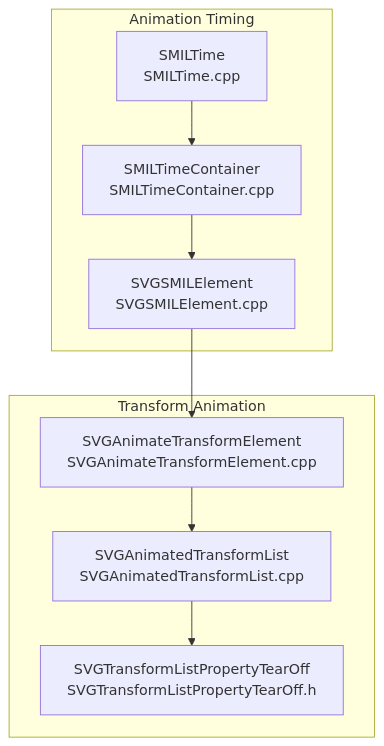
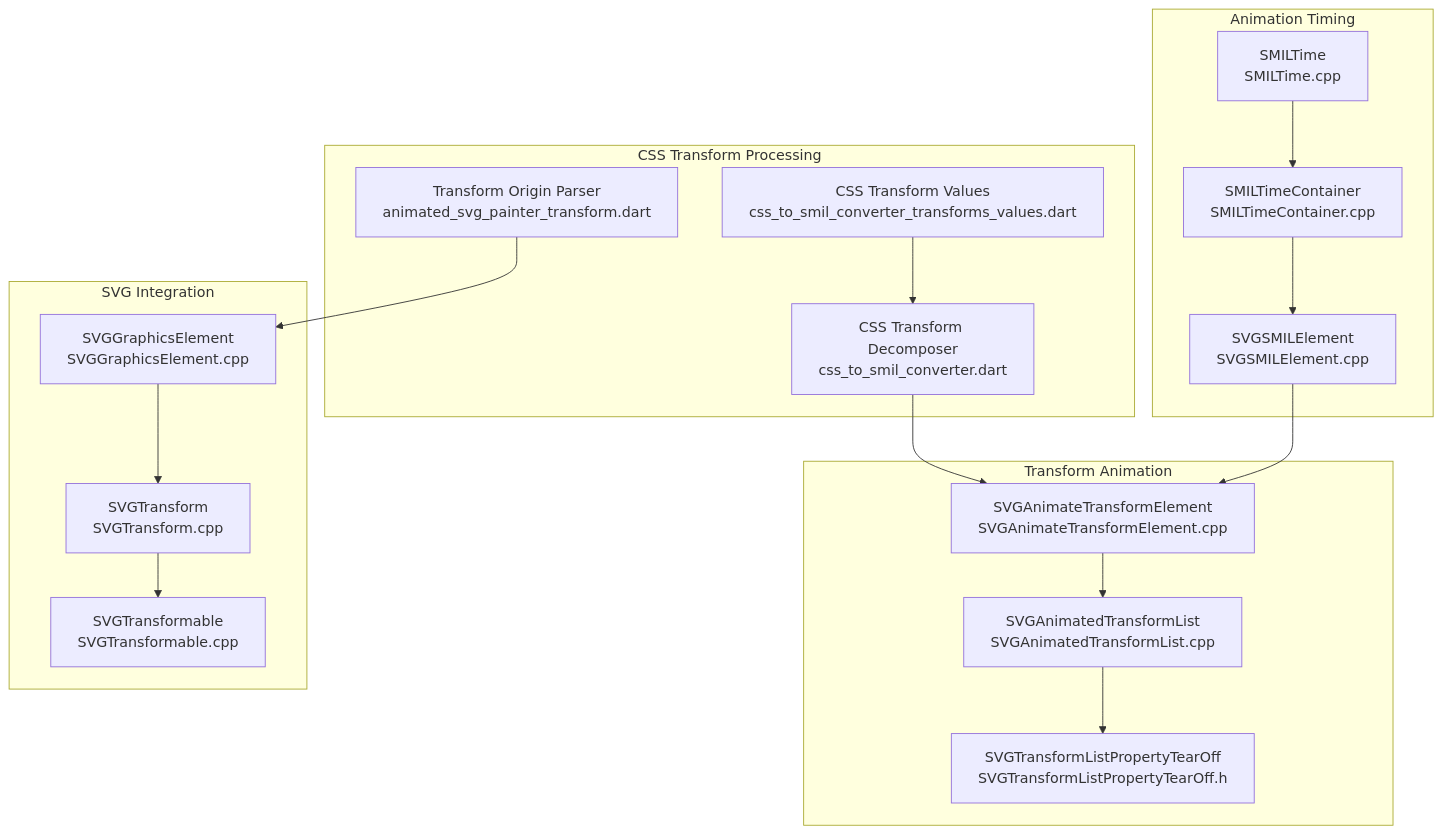
Before and after one commit to denisnadey/flutter_full_svg_support: the first of 8 diagrams in .qoder/repowiki/en/content/Smil Transforms.md, drawn with Mermaid. The commit also changed other lines of this file and 31 other files, not shown here.

````diff
--- a/.qoder/repowiki/en/content/Smil Transforms.md
+++ b/.qoder/repowiki/en/content/Smil Transforms.md
@@ -38,18 +58,33 @@
 ```mermaid
 graph TB
 subgraph "Animation Timing"
 A["SMILTime<br/>SMILTime.cpp"]
 B["SMILTimeContainer<br/>SMILTimeContainer.cpp"]
 C["SVGSMILElement<br/>SVGSMILElement.cpp"]
 end
 subgraph "Transform Animation"
 D["SVGAnimateTransformElement<br/>SVGAnimateTransformElement.cpp"]
 E["SVGAnimatedTransformList<br/>SVGAnimatedTransformList.cpp"]
 F["SVGTransformListPropertyTearOff<br/>SVGTransformListPropertyTearOff.h"]
 end
+subgraph "CSS Transform Processing"
+G["CSS Transform Values<br/>css_to_smil_converter_transforms_values.dart"]
+H["Transform Origin Parser<br/>animated_svg_painter_transform.dart"]
+I["CSS Transform Decomposer<br/>css_to_smil_converter.dart"]
+end
+subgraph "SVG Integration"
+J["SVGGraphicsElement<br/>SVGGraphicsElement.cpp"]
+K["SVGTransform<br/>SVGTransform.cpp"]
+L["SVGTransformable<br/>SVGTransformable.cpp"]
+end
 A --> B
 B --> C
 C --> D
 D --> E
 E --> F
+G --> I
+H --> J
+I --> D
+J --> K
+K --> L
 ```
````
